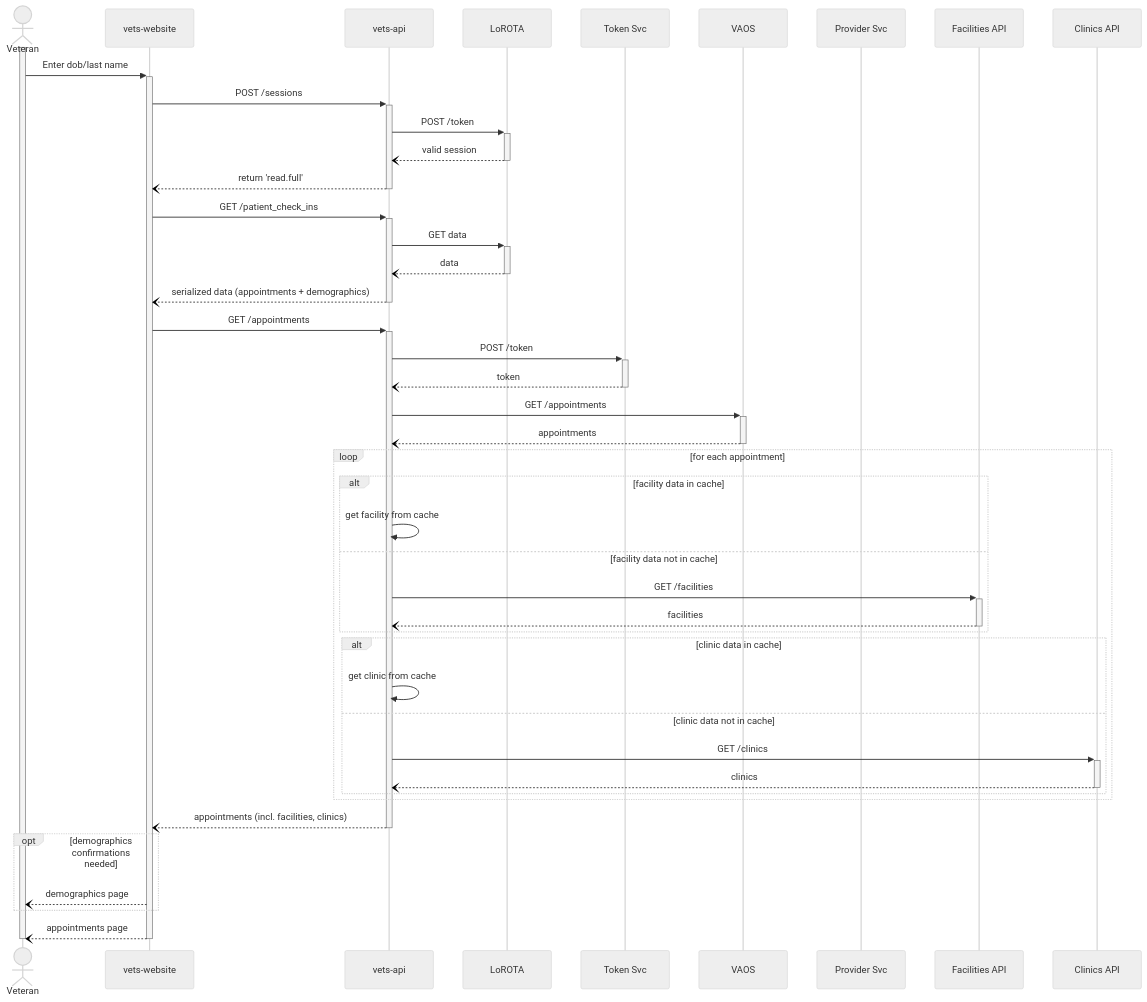
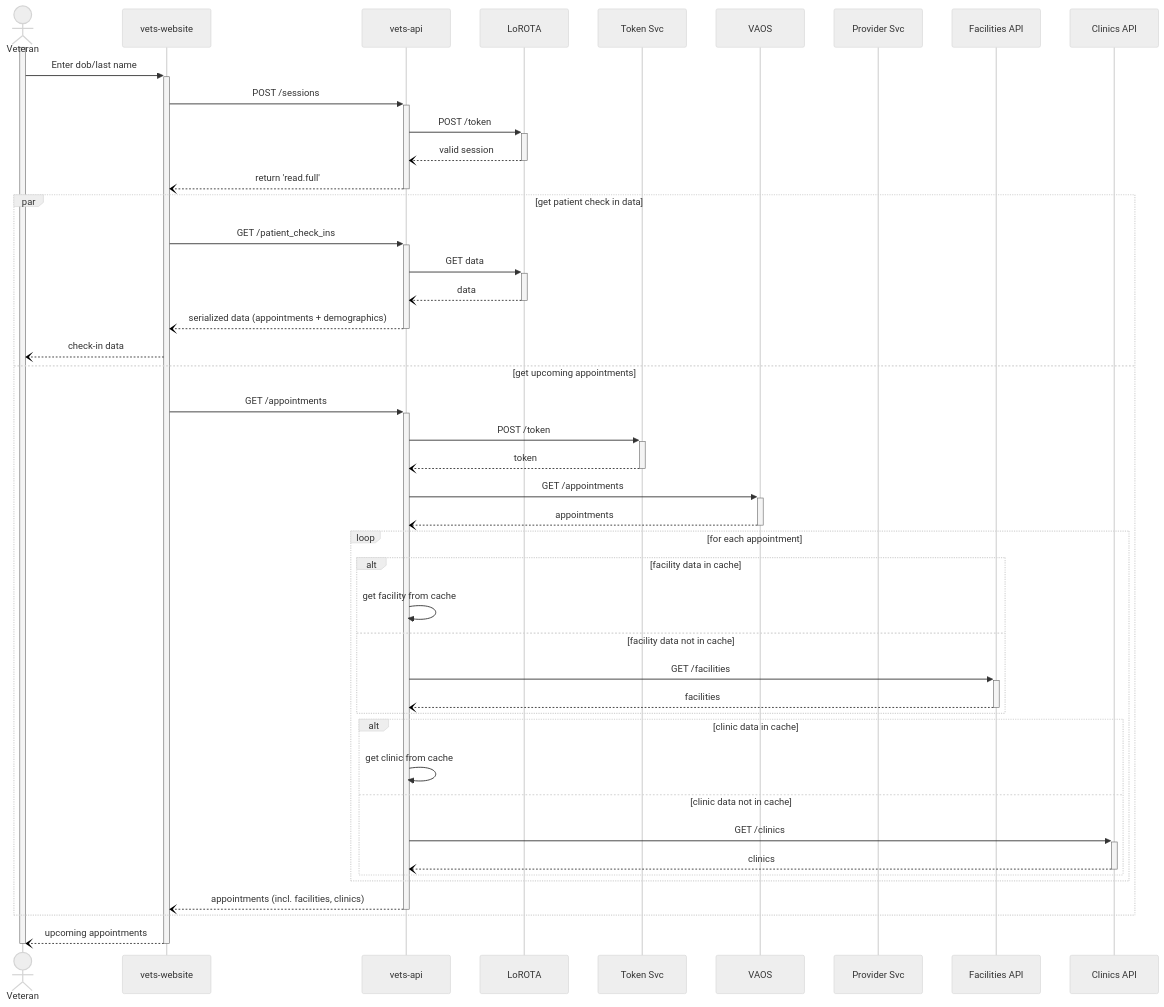
One commit to department-of-veterans-affairs/va.gov-team changed the diagram in products/health-care/checkin/engineering/unified-check-in/readme.md. Above: the diagram before and after it, drawn with Mermaid (neutral theme).

Commit message:
Update sequence diagram to show parallel calls

````diff
--- a/products/health-care/checkin/engineering/unified-check-in/readme.md
+++ b/products/health-care/checkin/engineering/unified-check-in/readme.md
@@ -45,52 +45,52 @@
 ```mermaid
 sequenceDiagram
     actor vet as Veteran
     participant web as vets-website
     participant api as vets-api
     participant l as LoROTA
     participant sts as Token Svc
     participant vaos as VAOS
     participant ps as Provider Svc
     participant fa as Facilities API
     participant cl as Clinics API
 
         activate vet
         vet->>+web: Enter dob/last name
         web->>+api: POST /sessions
         api->>+l: POST /token
         l--)-api: valid session
         api--)web: return 'read.full'
         deactivate api
-        web->>+api: GET /patient_check_ins
-        api->>+l: GET data
-        l--)-api: data
-        api--)-web: serialized data (appointments + demographics)
 
-        web->>+api: GET /appointments
-        api->>+sts: POST /token
-        sts--)-api: token
-        api->>+vaos: GET /appointments
-        vaos--)-api: appointments
+        par get patient check in data
+          web->>+api: GET /patient_check_ins
+          api->>+l: GET data
+          l--)-api: data
+          api--)-web: serialized data (appointments + demographics)
+          web--)vet: check-in data
+        and get upcoming appointments
+          web->>+api: GET /appointments
+          api->>+sts: POST /token
+          sts--)-api: token
+          api->>+vaos: GET /appointments
+          vaos--)-api: appointments
 
-        loop for each appointment
-          alt facility data in cache
-            api->>api: get facility from cache
-          else facility data not in cache
-            api->>+fa: GET /facilities
-	    fa--)-api: facilities
+          loop for each appointment
+            alt facility data in cache
+              api->>api: get facility from cache
+            else facility data not in cache
+              api->>+fa: GET /facilities
+              fa--)-api: facilities
+            end
+            alt clinic data in cache
+              api->>api: get clinic from cache
+            else clinic data not in cache
+              api->>+cl: GET /clinics
+              cl--)-api: clinics
+            end
           end
-          alt clinic data in cache
-            api->>api: get clinic from cache
-          else clinic data not in cache
-            api->>+cl: GET /clinics
-            cl--)-api: clinics
-          end
+          api--)-web: appointments (incl. facilities, clinics)
         end
-        api--)-web: appointments (incl. facilities, clinics)
-
-        opt demographics confirmations needed
-            web--)vet: demographics page
-        end
-        web--)-vet: appointments page
+        web--)-vet: upcoming appointments
         deactivate vet
 ```
````
